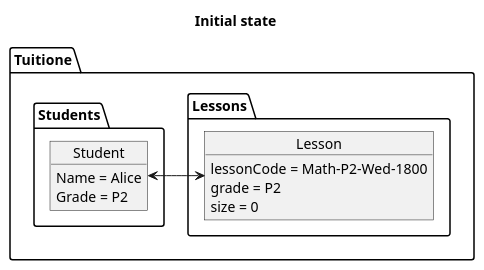
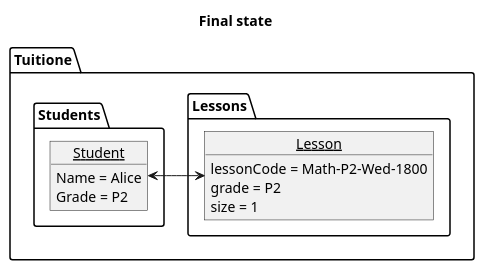
One commit to nus-cs2103-AY2122S1/tp changed the diagram in docs/diagrams/EnrollLessonState1.puml. Above: the diagram before and after it, drawn with PlantUML. The commit also changed 3 other files, not shown here.

```diff
--- a/docs/diagrams/EnrollLessonState1.puml
+++ b/docs/diagrams/EnrollLessonState1.puml
@@ -1,24 +1,24 @@
 @startuml
 
-title Initial state
+title Final state
 
 package Tuitione {
     package Lessons {
-        object Lesson {
+        object __Lesson__ {
         lessonCode = Math-P2-Wed-1800
         grade = P2
-        size = 0
+        size = 1
         }
     }
     package Students {
-        object Student {
+        object __Student__ {
         Name = Alice
         Grade = P2
         }
     }
 
-    Lesson <-R->Student
+    __Lesson__ <-R-> __Student__
 
 }
 
 @end
```
